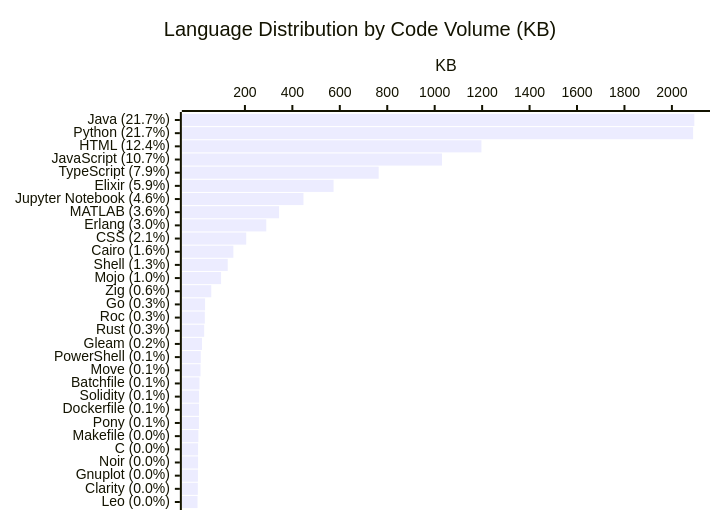
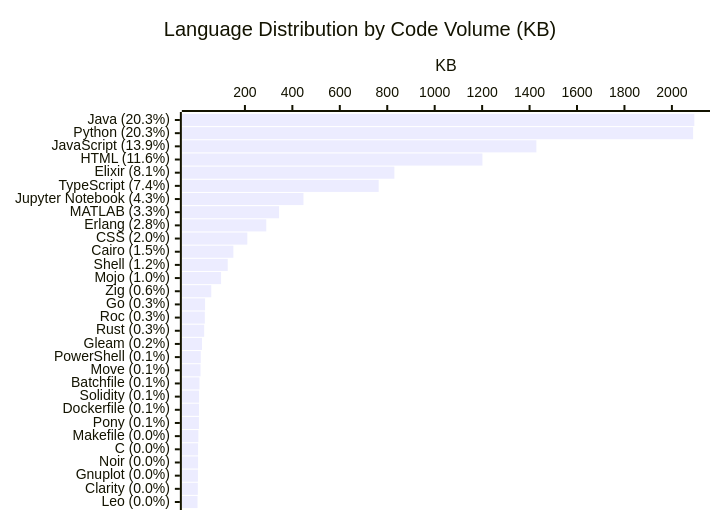
One commit to KathiraveluLab/.github changed the diagram in profile/README.md. Above: the diagram before and after it, drawn with Mermaid. The commit also changed other lines of this file and 1 other file, not shown here.

````diff
--- a/profile/README.md
+++ b/profile/README.md
@@ -74,7 +75,7 @@
 ```mermaid
 xychart-beta horizontal
     title "Language Distribution by Code Volume (KB)"
-    x-axis ["Java (21.7%)", "Python (21.7%)", "HTML (12.4%)", "JavaScript (10.7%)", "TypeScript (7.9%)", "Elixir (5.9%)", "Jupyter Notebook (4.6%)", "MATLAB (3.6%)", "Erlang (3.0%)", "CSS (2.1%)", "Cairo (1.6%)", "Shell (1.3%)", "Mojo (1.0%)", "Zig (0.6%)", "Go (0.3%)", "Roc (0.3%)", "Rust (0.3%)", "Gleam (0.2%)", "PowerShell (0.1%)", "Move (0.1%)", "Batchfile (0.1%)", "Solidity (0.1%)", "Dockerfile (0.1%)", "Pony (0.1%)", "Makefile (0.0%)", "C (0.0%)", "Noir (0.0%)", "Gnuplot (0.0%)", "Clarity (0.0%)", "Leo (0.0%)"]
+    x-axis ["Java (20.3%)", "Python (20.3%)", "JavaScript (13.9%)", "HTML (11.6%)", "Elixir (8.1%)", "TypeScript (7.4%)", "Jupyter Notebook (4.3%)", "MATLAB (3.3%)", "Erlang (2.8%)", "CSS (2.0%)", "Cairo (1.5%)", "Shell (1.2%)", "Mojo (1.0%)", "Zig (0.6%)", "Go (0.3%)", "Roc (0.3%)", "Rust (0.3%)", "Gleam (0.2%)", "PowerShell (0.1%)", "Move (0.1%)", "Batchfile (0.1%)", "Solidity (0.1%)", "Dockerfile (0.1%)", "Pony (0.1%)", "Makefile (0.0%)", "C (0.0%)", "Noir (0.0%)", "Gnuplot (0.0%)", "Clarity (0.0%)", "Leo (0.0%)"]
     y-axis "KB"
-    bar [2094.5, 2089.51, 1197.1, 1030.75, 763.92, 573.78, 446.91, 343.93, 289.93, 205.49, 151.31, 127.55, 99.52, 58.12, 32.03, 30.88, 28.25, 18.9, 13.91, 12.89, 8.48, 6.65, 6.34, 6.01, 3.74, 2.58, 2.46, 1.82, 1.53, 0.26]
+    bar [2094.5, 2089.51, 1428.75, 1201.3, 830.13, 763.92, 446.91, 343.93, 289.93, 210.03, 151.31, 127.55, 99.52, 58.12, 32.03, 30.88, 28.25, 18.9, 13.91, 12.89, 8.48, 6.65, 6.34, 6.01, 3.74, 2.58, 2.46, 1.82, 1.53, 0.26]
 ```
````
